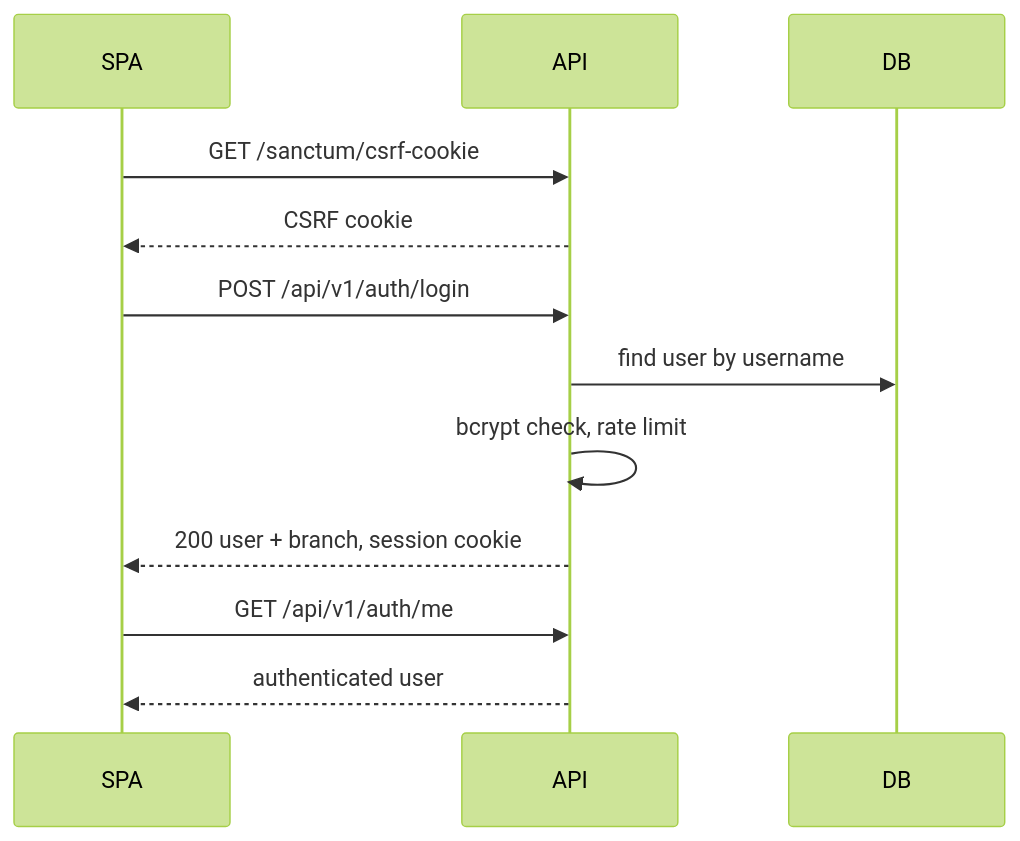
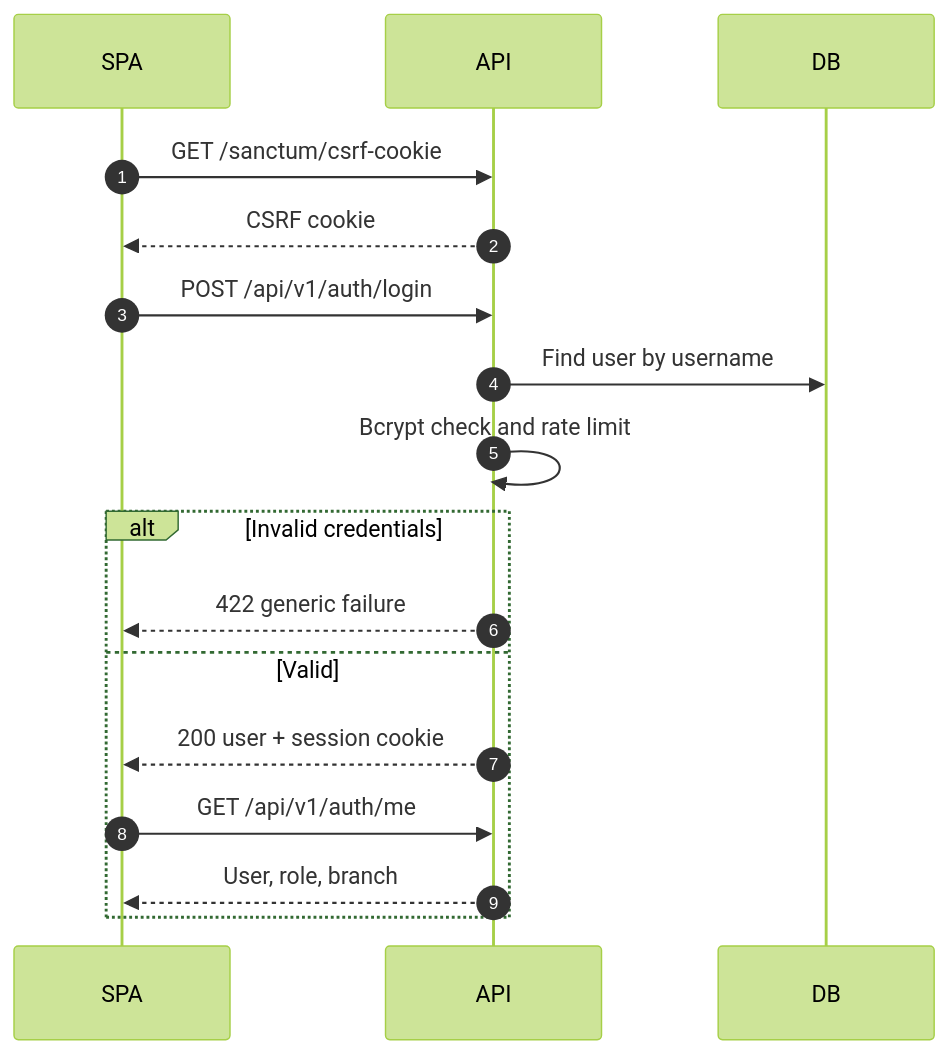
Before and after one commit to Arukast/pos_alja: the first of 21 diagrams in docs/architecture/sequence-diagrams.md, drawn with Mermaid (forest theme). The commit also changed other lines of this file, not shown here.

Commit message:
docs: expand sequence diagrams for target flows (#43)

````diff
--- a/docs/architecture/sequence-diagrams.md
+++ b/docs/architecture/sequence-diagrams.md
@@ -7,15 +9,20 @@
 ```mermaid
 sequenceDiagram
+    autonumber
     participant SPA
     participant API
     participant DB
 
     SPA->>API: GET /sanctum/csrf-cookie
     API-->>SPA: CSRF cookie
     SPA->>API: POST /api/v1/auth/login
-    API->>DB: find user by username
-    API->>API: bcrypt check, rate limit
-    API-->>SPA: 200 user + branch, session cookie
-    SPA->>API: GET /api/v1/auth/me
-    API-->>SPA: authenticated user
+    API->>DB: Find user by username
+    API->>API: Bcrypt check and rate limit
+    alt Invalid credentials
+        API-->>SPA: 422 generic failure
+    else Valid
+        API-->>SPA: 200 user + session cookie
+        SPA->>API: GET /api/v1/auth/me
+        API-->>SPA: User, role, branch
+    end
 ```
````
